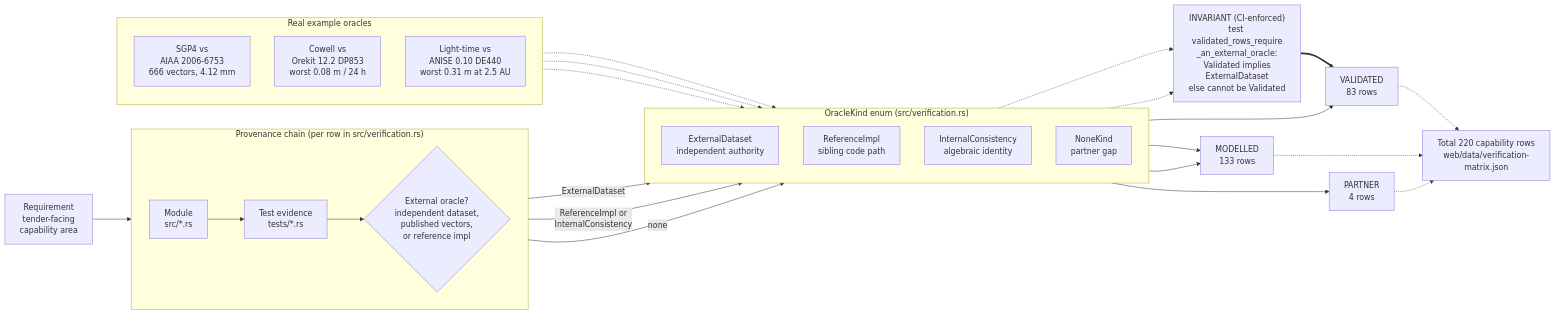
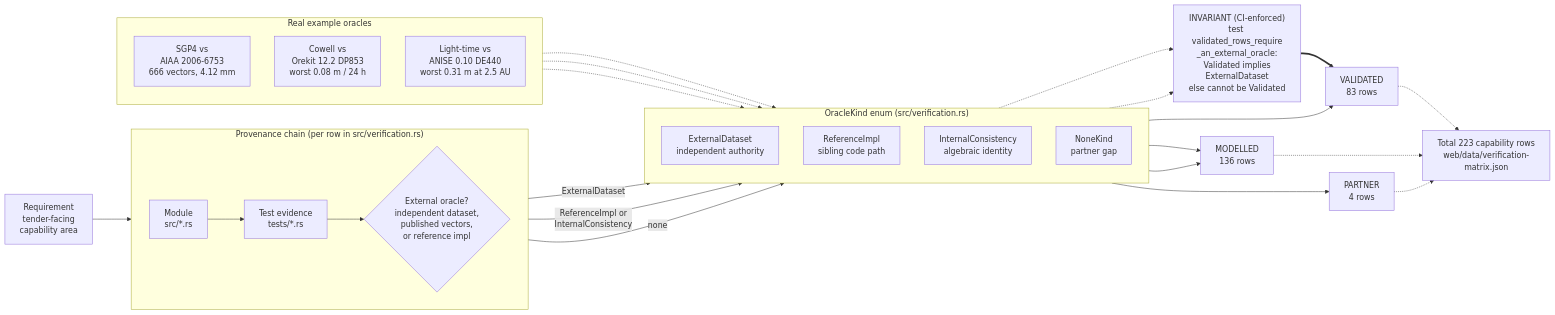
The diagram in docs/diagrams/validation-provenance.mmd (ashfordeOU/kshana), drawn with Mermaid before and after one commit. The commit also changed 21 other files, not shown here.

```diff
--- a/docs/diagrams/validation-provenance.mmd
+++ b/docs/diagrams/validation-provenance.mmd
@@ -1,49 +1,49 @@
 flowchart LR
     REQ["Requirement<br/>tender-facing<br/>capability area"]
 
     subgraph CHAIN["Provenance chain (per row in src/verification.rs)"]
         direction LR
         MOD["Module<br/>src/*.rs"]
         TST["Test evidence<br/>tests/*.rs"]
         ORA{"External oracle?<br/>independent dataset,<br/>published vectors,<br/>or reference impl"}
     end
 
     REQ --> MOD --> TST --> ORA
 
     subgraph KINDS["OracleKind enum (src/verification.rs)"]
         direction TD
         EXT["ExternalDataset<br/>independent authority"]
         REF["ReferenceImpl<br/>sibling code path"]
         INT["InternalConsistency<br/>algebraic identity"]
         NON["NoneKind<br/>partner gap"]
     end
 
     ORA -->|ExternalDataset| EXT
     ORA -->|"ReferenceImpl or<br/>InternalConsistency"| INT
     ORA -->|none| NON
 
     GUARD["INVARIANT (CI-enforced)<br/>test validated_rows_require<br/>_an_external_oracle:<br/>Validated implies<br/>ExternalDataset<br/>else cannot be Validated"]
     EXT -.-> GUARD
     INT -.-> GUARD
 
     EXT --> VAL["VALIDATED<br/>83 rows"]
-    REF --> MDL["MODELLED<br/>133 rows"]
+    REF --> MDL["MODELLED<br/>136 rows"]
     INT --> MDL
     NON --> PRT["PARTNER<br/>4 rows"]
     GUARD ==> VAL
 
     subgraph EX["Real example oracles"]
         direction TD
         E1["SGP4 vs<br/>AIAA 2006-6753<br/>666 vectors, 4.12 mm"]
         E2["Cowell vs<br/>Orekit 12.2 DP853<br/>worst 0.08 m / 24 h"]
         E3["Light-time vs<br/>ANISE 0.10 DE440<br/>worst 0.31 m at 2.5 AU"]
     end
 
     E1 -.-> EXT
     E2 -.-> EXT
     E3 -.-> EXT
 
-    TOTAL["Total 220 capability rows<br/>web/data/verification-matrix.json"]
+    TOTAL["Total 223 capability rows<br/>web/data/verification-matrix.json"]
     VAL -.-> TOTAL
     MDL -.-> TOTAL
     PRT -.-> TOTAL
```
